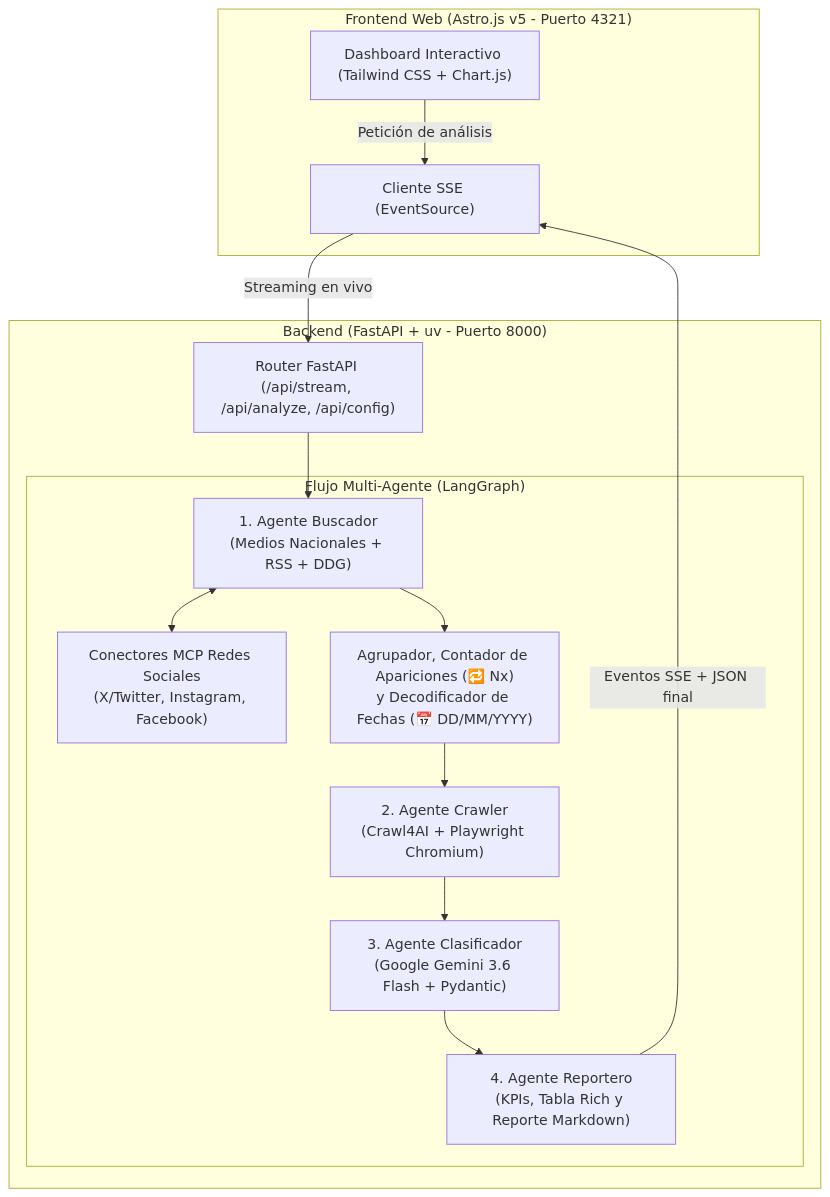
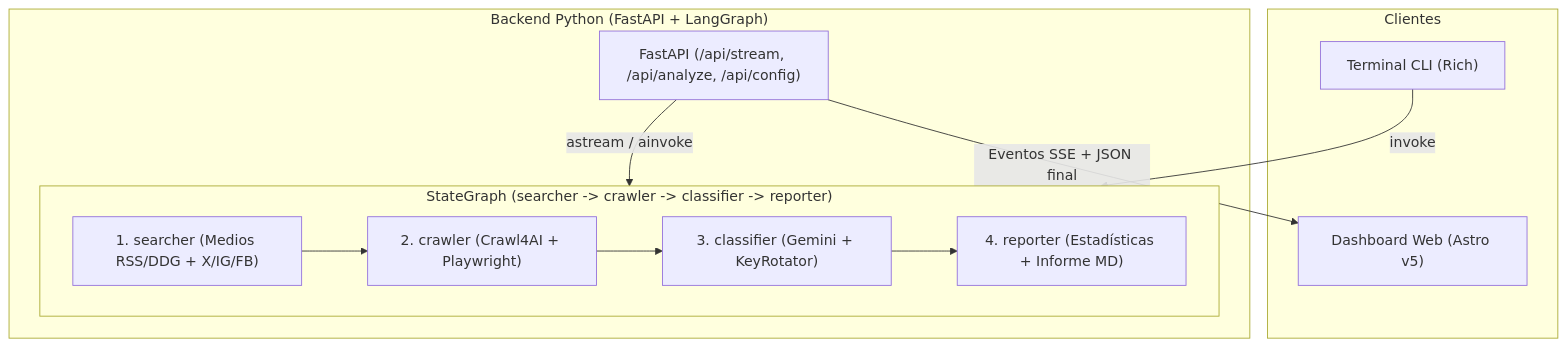
Before and after one commit to dracero/crawler-batista: the diagram in README.md, drawn with Mermaid. The commit also changed other lines of this file and 19 other files, not shown here.

````diff
--- a/README.md
+++ b/README.md
@@ -46,30 +33,22 @@
 ```mermaid
-flowchart TD
-    subgraph Frontend ["Frontend Web (Astro.js v5 - Puerto 4321)"]
-        UI["Dashboard Interactivo (Tailwind CSS + Chart.js)"]
-        SSE_Client["Cliente SSE (EventSource)"]
+flowchart TB
+    subgraph Client["Clientes"]
+        WebUI["Dashboard Web (Astro v5)"]
+        CLI["Terminal CLI (Rich)"]
     end
 
-    subgraph Backend ["Backend (FastAPI + uv - Puerto 8000)"]
-        API["Router FastAPI (/api/stream, /api/analyze, /api/config)"]
-        
-        subgraph Graph ["Flujo Multi-Agente (LangGraph)"]
-            A1["1. Agente Buscador<br/>(Medios Nacionales + RSS + DDG)"]
-            MCP["Conectores MCP Redes Sociales<br/>(X/Twitter, Instagram, Facebook)"]
-            AGG["Agrupador, Contador de Apariciones (🔁 Nx)<br/>y Decodificador de Fechas (📅 DD/MM/YYYY)"]
-            A2["2. Agente Crawler<br/>(Crawl4AI + Playwright Chromium)"]
-            A3["3. Agente Clasificador<br/>(Google Gemini 3.6 Flash + Pydantic)"]
-            A4["4. Agente Reportero<br/>(KPIs, Tabla Rich y Reporte Markdown)"]
+    subgraph Backend["Backend Python (FastAPI + LangGraph)"]
+        API["FastAPI (/api/stream, /api/analyze, /api/config)"]
+        subgraph Graph["StateGraph (searcher -> crawler -> classifier -> reporter)"]
+            A1["1. searcher (Medios RSS/DDG + X/IG/FB)"]
+            A2["2. crawler (Crawl4AI + Playwright)"]
+            A3["3. classifier (Gemini + KeyRotator)"]
+            A4["4. reporter (Estadísticas + Informe MD)"]
+            A1 --> A2 --> A3 --> A4
         end
+        API -->|astream / ainvoke| Graph
+        CLI -->|invoke| Graph
     end
 
-    UI -->|Petición de análisis| SSE_Client
-    SSE_Client -->|Streaming en vivo| API
-    API --> A1
-    A1 <--> MCP
-    A1 --> AGG
-    AGG --> A2
-    A2 --> A3
-    A3 --> A4
-    A4 -->|Eventos SSE + JSON final| SSE_Client
+    API -->|Eventos SSE + JSON final| WebUI
 ```
````
